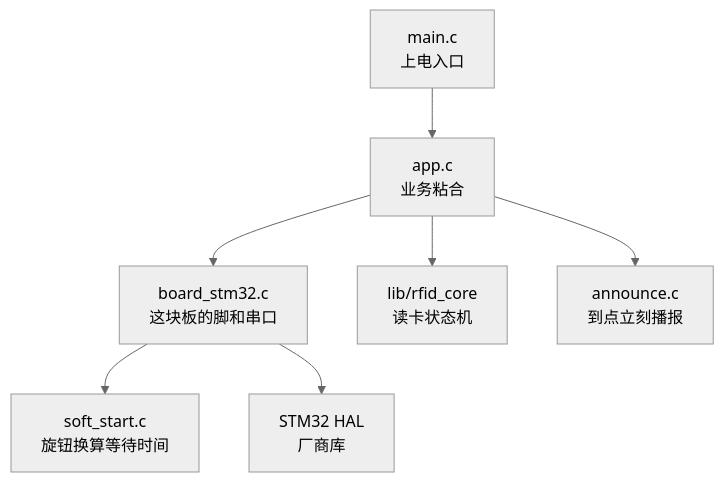
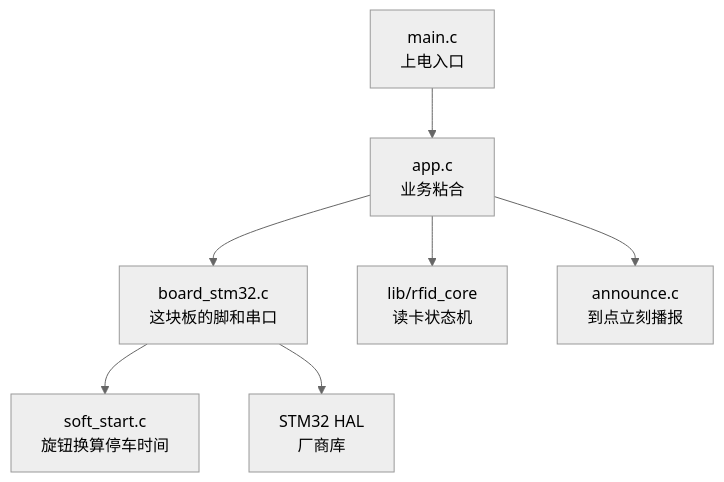
Before and after one commit to stm32-hit-team/2027-control-firmware: the first of 2 diagrams in 工创赛控制/00-总览.md, drawn with Mermaid (neutral theme). The commit also changed other lines of this file and 15 other files, not shown here.

````diff
--- a/工创赛控制/00-总览.md
+++ b/工创赛控制/00-总览.md
@@ -16,9 +16,9 @@
 ```mermaid
 flowchart TB
     main[main.c<br/>上电入口] --> app[app.c<br/>业务粘合]
     app --> board[board_stm32.c<br/>这块板的脚和串口]
     app --> rfid[lib/rfid_core<br/>读卡状态机]
     app --> announce[announce.c<br/>到点立刻播报]
-    board --> start[soft_start.c<br/>旋钮换算等待时间]
+    board --> start[soft_start.c<br/>旋钮换算停车时间]
     board --> hal[STM32 HAL<br/>厂商库]
 ```
````
